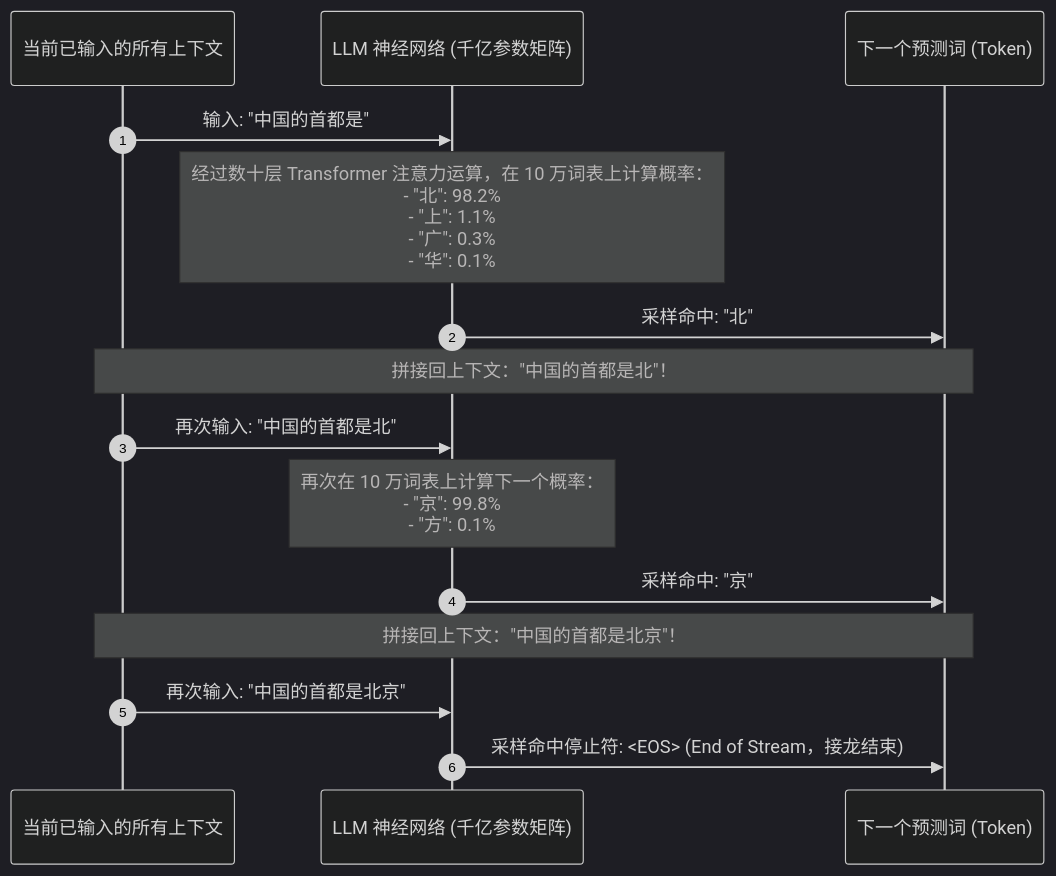
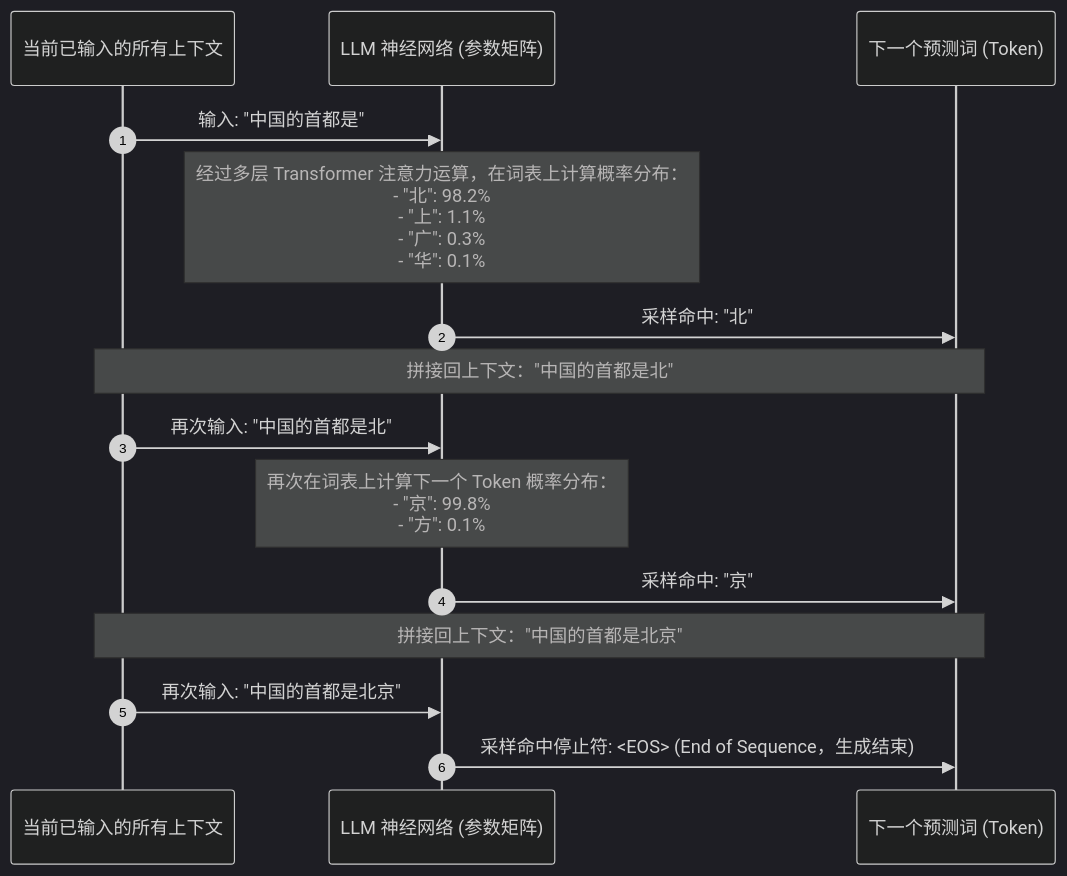
The first of 3 diagrams in 10-AI应用开发/01-LLM基础与Prompt/01-LLM工作原理.md (GuoWWWX/knowledge-base), drawn with Mermaid (dark theme) before and after one commit. The commit also changed other lines of this file and 251 other files, not shown here.

````diff
--- a/10-AI应用开发/01-LLM基础与Prompt/01-LLM工作原理.md
+++ b/10-AI应用开发/01-LLM基础与Prompt/01-LLM工作原理.md
@@ -28,18 +25,18 @@
 ```mermaid
 sequenceDiagram
     autonumber
     participant Input as 当前已输入的所有上下文
-    participant Model as LLM 神经网络 (千亿参数矩阵)
+    participant Model as LLM 神经网络 (参数矩阵)
     participant Output as 下一个预测词 (Token)
 
     Input->>Model: 输入: "中国的首都是"
-    Note over Model: 经过数十层 Transformer 注意力运算，在 10 万词表上计算概率：<br/>- "北": 98.2%<br/>- "上": 1.1%<br/>- "广": 0.3%<br/>- "华": 0.1%
+    Note over Model: 经过多层 Transformer 注意力运算，在词表上计算概率分布：<br/>- "北": 98.2%<br/>- "上": 1.1%<br/>- "广": 0.3%<br/>- "华": 0.1%
     Model->>Output: 采样命中: "北"
-    Note over Output,Input: 拼接回上下文："中国的首都是北"！
+    Note over Output,Input: 拼接回上下文："中国的首都是北"
     Input->>Model: 再次输入: "中国的首都是北"
-    Note over Model: 再次在 10 万词表上计算下一个概率：<br/>- "京": 99.8%<br/>- "方": 0.1%
+    Note over Model: 再次在词表上计算下一个 Token 概率分布：<br/>- "京": 99.8%<br/>- "方": 0.1%
     Model->>Output: 采样命中: "京"
-    Note over Output,Input: 拼接回上下文："中国的首都是北京"！
+    Note over Output,Input: 拼接回上下文："中国的首都是北京"
     Input->>Model: 再次输入: "中国的首都是北京"
-    Model->>Output: 采样命中停止符: <EOS> (End of Stream，接龙结束)
+    Model->>Output: 采样命中停止符: <EOS> (End of Sequence，生成结束)
 ```
````
